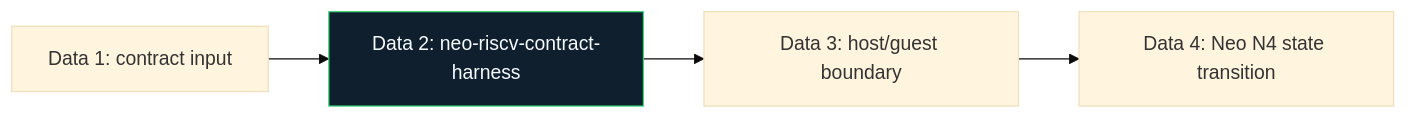
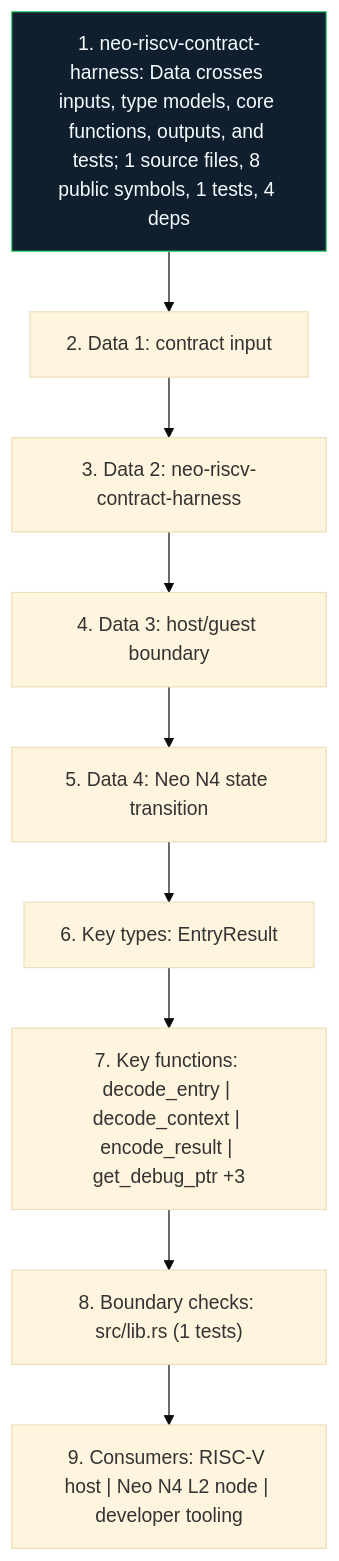
The diagram in crates/neo-riscv-contract-harness/docs/figures/dataflow.mmd (r3e-network/neo-riscv-vm), drawn with Mermaid (base theme) before and after one commit. The commit also changed 571 other files, not shown here.

Commit message:
Deepen crate diagrams with source-aware atlas

```diff
--- a/crates/neo-riscv-contract-harness/docs/figures/dataflow.mmd
+++ b/crates/neo-riscv-contract-harness/docs/figures/dataflow.mmd
@@ -1,10 +1,20 @@
-flowchart LR
-    N1["Data 1: contract input"]
-    N2["Data 2: neo-riscv-contract-harness"]
-    N3["Data 3: host/guest boundary"]
-    N4["Data 4: Neo N4 state transition"]
+flowchart TB
+    N1["1. neo-riscv-contract-harness: Data crosses inputs, type models, core functions, outputs, and tests; 1 source files, 8 public symbols, 1 tests, 4 deps"]
+    N2["2. Data 1: contract input"]
+    N3["3. Data 2: neo-riscv-contract-harness"]
+    N4["4. Data 3: host/guest boundary"]
+    N5["5. Data 4: Neo N4 state transition"]
+    N6["6. Key types: EntryResult"]
+    N7["7. Key functions: decode_entry | decode_context | encode_result | get_debug_ptr +3"]
+    N8["8. Boundary checks: src/lib.rs (1 tests)"]
+    N9["9. Consumers: RISC-V host | Neo N4 L2 node | developer tooling"]
     N1 --> N2
     N2 --> N3
     N3 --> N4
+    N4 --> N5
+    N5 --> N6
+    N6 --> N7
+    N7 --> N8
+    N8 --> N9
     classDef crate fill:#101f2d,stroke:#38d978,color:#f6fbff
-    class N2 crate
+    class N1 crate
```
